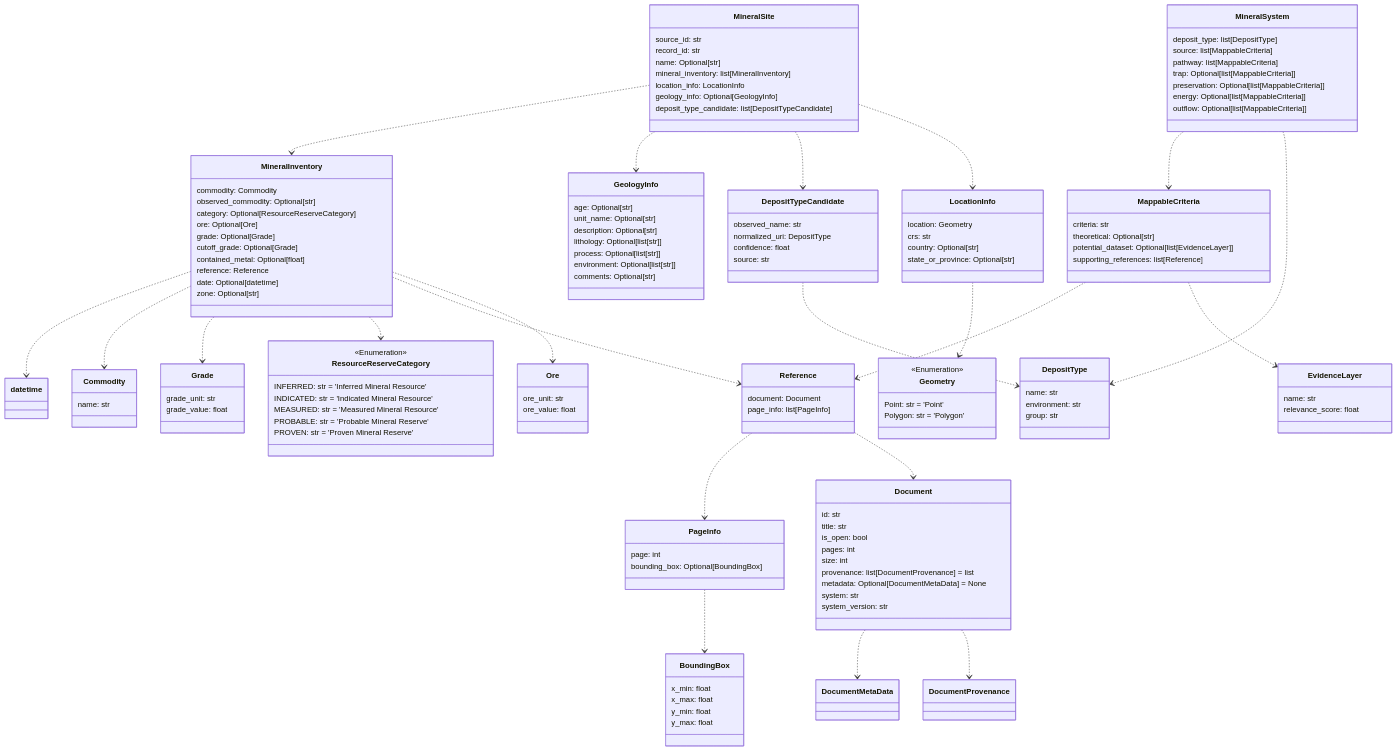
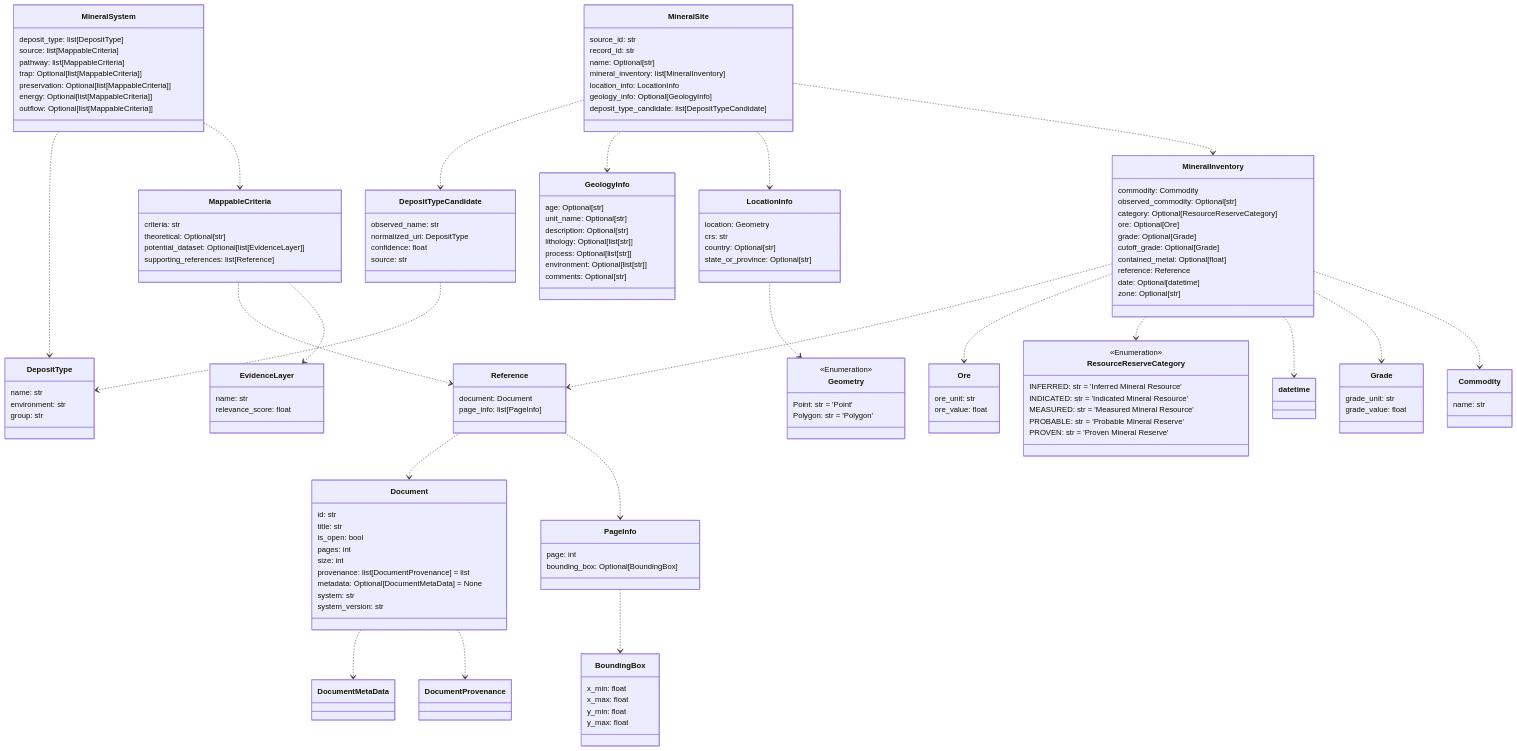
One commit to DARPA-CRITICALMAAS/cdr_schemas changed the tenth of 12 diagrams in README.md. Above: the diagram before and after it, drawn with Mermaid. The commit also changed other lines of this file and 2 other files, not shown here.

````diff
--- a/README.md
+++ b/README.md
@@ -696,5 +696,10 @@
 ```mermaid
 classDiagram
+
+    class PageInfo {
+        page: int
+        bounding_box: Optional[BoundingBox]
+    }
 
     class MineralInventory {
         commodity: Commodity
@@ -709,14 +714,22 @@
         zone: Optional[str]
     }
 
-    class MineralSite {
-        source_id: str
-        record_id: str
-        name: Optional[str]
-        mineral_inventory: list[MineralInventory]
-        location_info: LocationInfo
-        geology_info: Optional[GeologyInfo]
-        deposit_type_candidate: list[DepositTypeCandidate]
+    class EvidenceLayer {
+        name: str
+        relevance_score: float
+    }
+
+    class DepositType {
+        name: str
+        environment: str
+        group: str
+    }
+
+    class DepositTypeCandidate {
+        observed_name: str
+        normalized_uri: DepositType
+        confidence: float
+        source: str
     }
 
     class BoundingBox {
@@ -726,11 +739,21 @@
         y_max: float
     }
 
+    class Grade {
+        grade_unit: str
+        grade_value: float
+    }
+
     class MappableCriteria {
         criteria: str
         theoretical: Optional[str]
         potential_dataset: Optional[list[EvidenceLayer]]
         supporting_references: list[Reference]
+    }
+
+    class Ore {
+        ore_unit: str
+        ore_value: float
     }
 
     class Document {
@@ -745,15 +768,6 @@
         system_version: str
     }
 
-    class ResourceReserveCategory {
-        <<Enumeration>>
-        INFERRED: str = 'Inferred Mineral Resource'
-        INDICATED: str = 'Indicated Mineral Resource'
-        MEASURED: str = 'Measured Mineral Resource'
-        PROBABLE: str = 'Probable Mineral Reserve'
-        PROVEN: str = 'Proven Mineral Reserve'
-    }
-
     class LocationInfo {
         location: Geometry
         crs: str
@@ -761,9 +775,24 @@
         state_or_province: Optional[str]
     }
 
-    class PageInfo {
-        page: int
-        bounding_box: Optional[BoundingBox]
+    class GeologyInfo {
+        age: Optional[str]
+        unit_name: Optional[str]
+        description: Optional[str]
+        lithology: Optional[list[str]]
+        process: Optional[list[str]]
+        environment: Optional[list[str]]
+        comments: Optional[str]
+    }
+
+    class MineralSite {
+        source_id: str
+        record_id: str
+        name: Optional[str]
+        mineral_inventory: list[MineralInventory]
+        location_info: LocationInfo
+        geology_info: Optional[GeologyInfo]
+        deposit_type_candidate: list[DepositTypeCandidate]
     }
 
     class MineralSystem {
@@ -776,14 +805,17 @@
         outflow: Optional[list[MappableCriteria]]
     }
 
-    class Ore {
-        ore_unit: str
-        ore_value: float
+    class Commodity {
+        name: str
     }
 
-    class EvidenceLayer {
-        name: str
-        relevance_score: float
+    class ResourceReserveCategory {
+        <<Enumeration>>
+        INFERRED: str = 'Inferred Mineral Resource'
+        INDICATED: str = 'Indicated Mineral Resource'
+        MEASURED: str = 'Measured Mineral Resource'
+        PROBABLE: str = 'Probable Mineral Reserve'
+        PROVEN: str = 'Proven Mineral Reserve'
     }
 
     class Geometry {
@@ -792,64 +824,32 @@
         Polygon: str = 'Polygon'
     }
 
-    class GeologyInfo {
-        age: Optional[str]
-        unit_name: Optional[str]
-        description: Optional[str]
-        lithology: Optional[list[str]]
-        process: Optional[list[str]]
-        environment: Optional[list[str]]
-        comments: Optional[str]
-    }
-
-    class Commodity {
-        name: str
-    }
-
-    class DepositTypeCandidate {
-        observed_name: str
-        normalized_uri: DepositType
-        confidence: float
-        source: str
-    }
-
-    class Grade {
-        grade_unit: str
-        grade_value: float
-    }
-
     class Reference {
         document: Document
         page_info: list[PageInfo]
     }
 
-    class DepositType {
-        name: str
-        environment: str
-        group: str
-    }
-
+    Document ..> DocumentProvenance
     Document ..> DocumentMetaData
-    Document ..> DocumentProvenance
     DepositTypeCandidate ..> DepositType
     PageInfo ..> BoundingBox
     Reference ..> PageInfo
     Reference ..> Document
+    MappableCriteria ..> EvidenceLayer
     MappableCriteria ..> Reference
-    MappableCriteria ..> EvidenceLayer
     MineralSystem ..> MappableCriteria
     MineralSystem ..> DepositType
-    MineralInventory ..> datetime
     MineralInventory ..> Commodity
     MineralInventory ..> Grade
+    MineralInventory ..> datetime
     MineralInventory ..> ResourceReserveCategory
+    MineralInventory ..> Ore
     MineralInventory ..> Reference
-    MineralInventory ..> Ore
     LocationInfo ..> Geometry
     MineralSite ..> MineralInventory
+    MineralSite ..> LocationInfo
     MineralSite ..> GeologyInfo
     MineralSite ..> DepositTypeCandidate
-    MineralSite ..> LocationInfo
 
 
 ```
````
